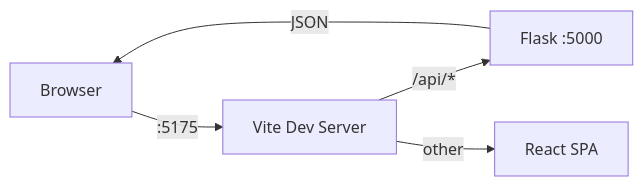
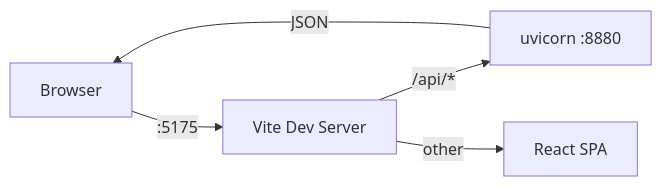
Before and after one commit to atlas-crew/Chimera: the first of 5 diagrams in docs/architecture.md, drawn with Mermaid. The commit also changed other lines of this file and 11 other files, not shown here.

````diff
--- a/docs/architecture.md
+++ b/docs/architecture.md
@@ -27,7 +28,7 @@
 ```mermaid
 flowchart LR
     Browser -->|:5175| Vite[Vite Dev Server]
-    Vite -->|/api/*| Flask[Flask :5000]
+    Vite -->|/api/*| API[uvicorn :8880]
     Vite -->|other| SPA[React SPA]
-    Flask -->|JSON| Browser
+    API -->|JSON| Browser
 ```
````
